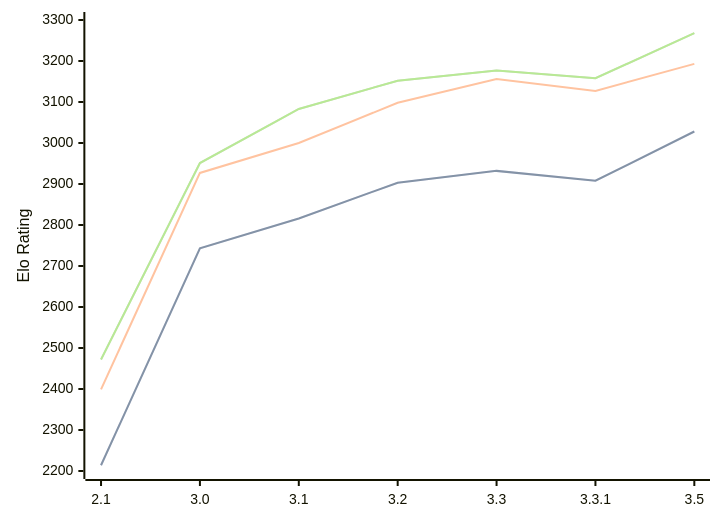
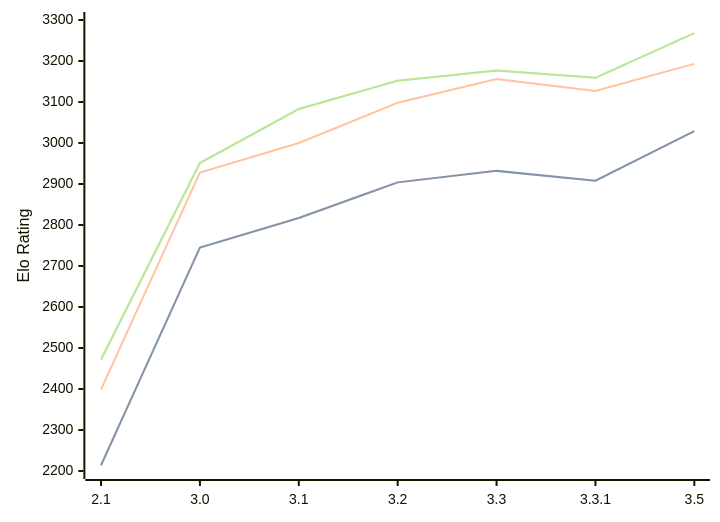
One commit to computer-chess-index/cci changed the first of 3 diagrams in engines/Petrel.md. Above: the diagram before and after it, drawn with Mermaid. The commit also changed other lines of this file, not shown here.

Commit message:
Update CCI Ratings (ELO VLTC) - 2026-06-16

````diff
--- a/engines/Petrel.md
+++ b/engines/Petrel.md
@@ -46,11 +46,11 @@
 ```mermaid
 %%{init: {"theme":"base","themeVariables":{"seriesColors:['#a3a3a3','#222221','#faa371']}}}%%
 xychart-beta
   x-axis ["2.1", "3.0", "3.1", "3.2", "3.3", "3.3.1", "3.5"]
   y-axis "Elo Rating" 2200 --> 3300
-  line "STC (8.0+0.08s)" [2214, 2743, 2816, 2903, 2932, 2908, 3028]
-  line "STC (8.0+0.08s)" [2214, 2743, 2816, 2903, 2932, 2908, 3028]
-  line "LTC (60.0+0.60s)" [2399, 2927, 3000, 3098, 3156, 3127, 3193]
-  line "VLTC (2m24s+1.12s)" [2472, 2951, 3083, 3152, 3177, 3158, 3268]
-  line "VLTC (2m24s+1.12s)" [2472, 2951, 3083, 3152, 3177, 3158, 3268]
+  line "STC (8.0+0.08s)" [2214, 2745, 2817, 2904, 2932, 2908, 3029]
+  line "STC (8.0+0.08s)" [2214, 2745, 2817, 2904, 2932, 2908, 3029]
+  line "LTC (60.0+0.60s)" [2399, 2928, 3000, 3098, 3156, 3127, 3193]
+  line "VLTC (2m24s+1.12s)" [2472, 2951, 3083, 3152, 3177, 3159, 3268]
+  line "VLTC (2m24s+1.12s)" [2472, 2951, 3083, 3152, 3177, 3159, 3268]
 ```
````
